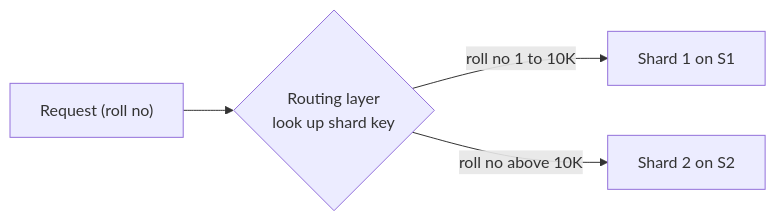
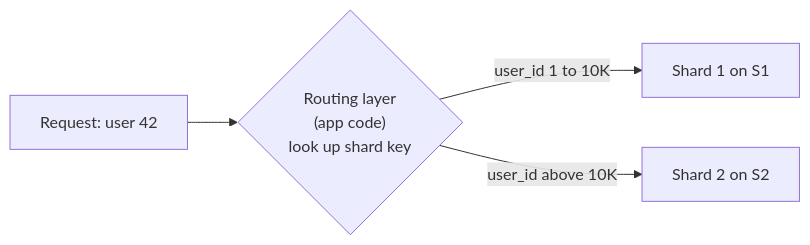
One commit to aaryan-pradhan/core-cs-fundamentals changed the seventh of 10 diagrams in dbms/18-partitioning-sharding.md. Above: the diagram before and after it, drawn with Mermaid. The commit also changed other lines of this file, not shown here.

````diff
--- a/dbms/18-partitioning-sharding.md
+++ b/dbms/18-partitioning-sharding.md
@@ -128,6 +109,6 @@
-      ```mermaid
-      flowchart LR
-        App["Request (roll no)"] --> RL{"Routing layer<br/>look up shard key"}
-        RL -- "roll no 1 to 10K" --> SH1["Shard 1 on S1"]
-        RL -- "roll no above 10K" --> SH2["Shard 2 on S2"]
-      ```
+```mermaid
+flowchart LR
+  A["Request: user 42"] --> RL{"Routing layer<br/>(app code)<br/>look up shard key"}
+  RL -- "user_id 1 to 10K" --> SH1["Shard 1 on S1"]
+  RL -- "user_id above 10K" --> SH2["Shard 2 on S2"]
+```
````
